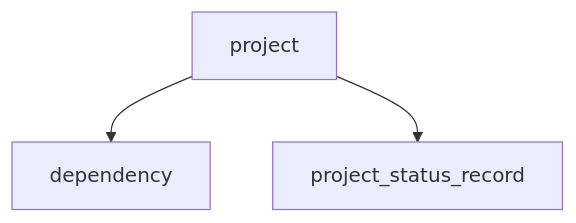
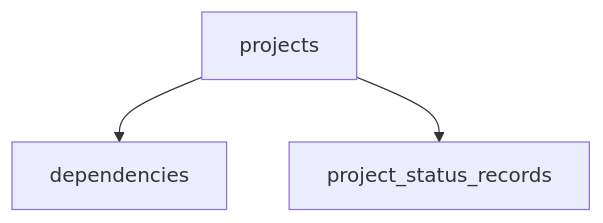
The diagram in README.md (Mikbac/Dependency-status-scanner), drawn with Mermaid before and after one commit. The commit also changed other lines of this file and 16 other files, not shown here.

````diff
--- a/README.md
+++ b/README.md
@@ -32,5 +11,5 @@
 ```mermaid
 graph TD;
-    project-->dependency;
-    project-->project_status_record;
+    projects-->dependencies;
+    projects-->project_status_records;
 ```
````
